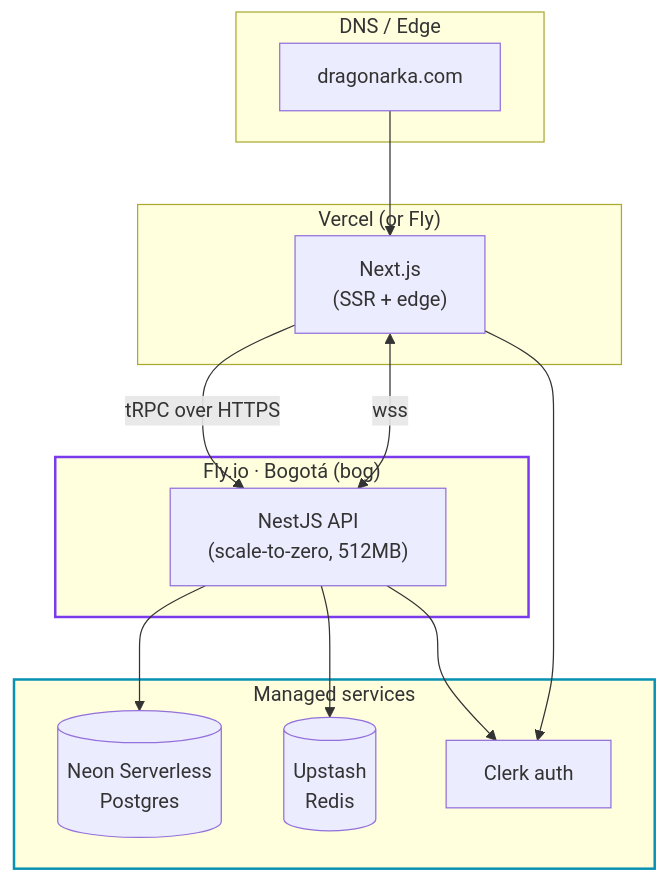
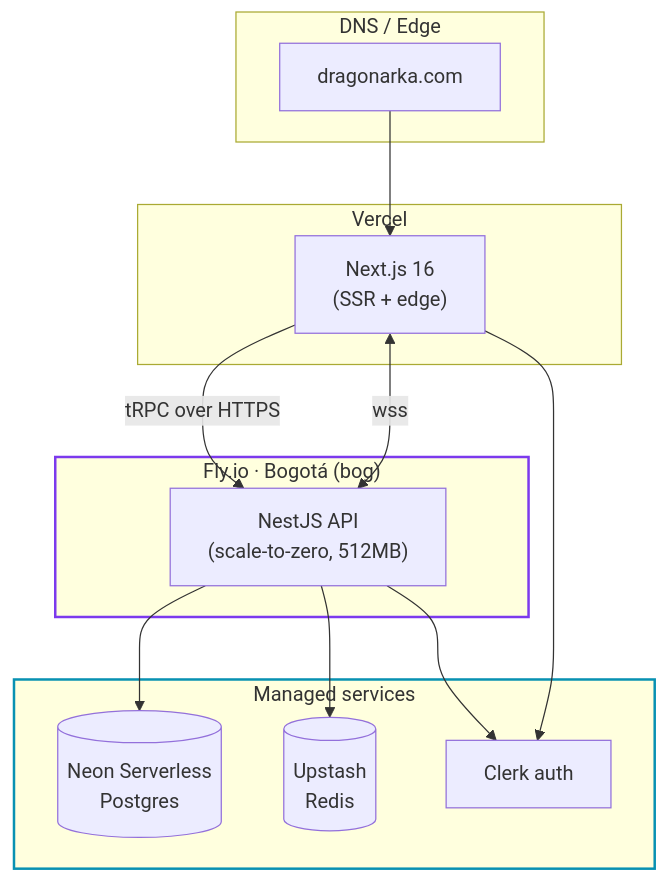
One commit to Dragonarka/competition-platform changed the seventh of 7 diagrams in docs/architecture.md. Above: the diagram before and after it, drawn with Mermaid. The commit also changed other lines of this file and 1 other file, not shown here.

````diff
--- a/docs/architecture.md
+++ b/docs/architecture.md
@@ -237,31 +239,31 @@
 ```mermaid
 flowchart TB
     subgraph DNS["DNS / Edge"]
         D["dragonarka.com"]
     end
 
-    subgraph Vercel["Vercel (or Fly)"]
-        Wapp["Next.js<br/>(SSR + edge)"]
+    subgraph Vercel["Vercel"]
+        Wapp["Next.js 16<br/>(SSR + edge)"]
     end
 
     subgraph FlyBog["Fly.io · Bogotá (bog)"]
         Api["NestJS API<br/>(scale-to-zero, 512MB)"]
     end
 
     subgraph Managed["Managed services"]
         Neon[("Neon Serverless<br/>Postgres")]
         Upstash[("Upstash<br/>Redis")]
         Clerk["Clerk auth"]
     end
 
     D --> Wapp
     Wapp -->|tRPC over HTTPS| Api
     Wapp <-->|wss| Api
     Api --> Neon
     Api --> Upstash
     Wapp --> Clerk
     Api --> Clerk
 
     style FlyBog stroke:#7c3aed,stroke-width:2px
     style Managed stroke:#0891b2,stroke-width:2px
 ```
````
